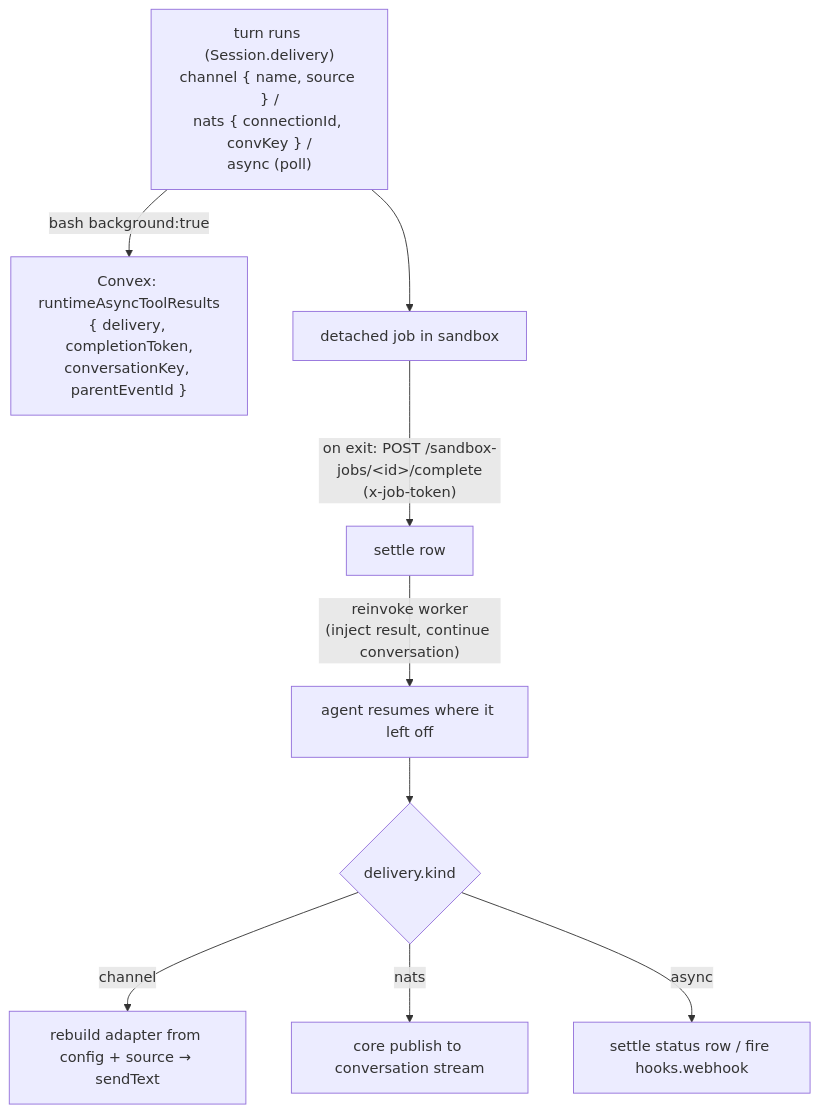
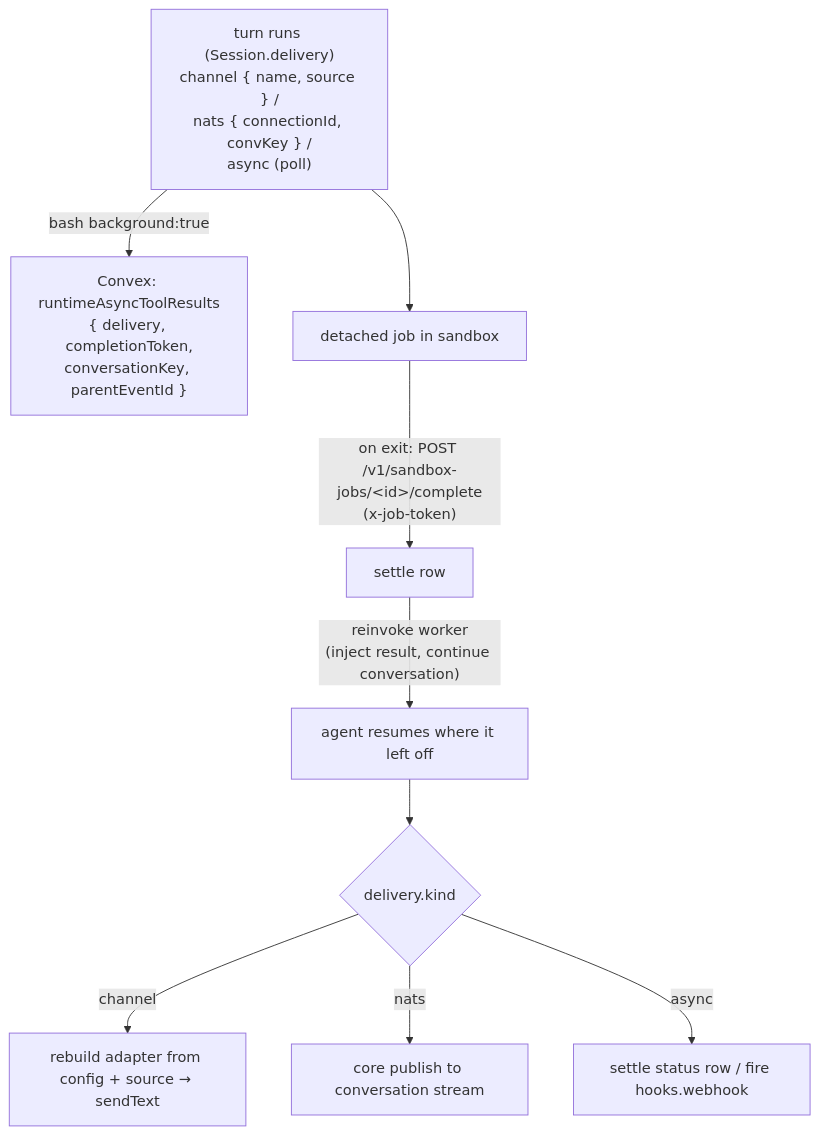
Before and after one commit to beeblastco/broods: diagram 11 of 12 in apps/docs/docs/architecture.md, drawn with Mermaid. The commit also changed other lines of this file and 78 other files, not shown here.

````diff
--- a/apps/docs/docs/architecture.md
+++ b/apps/docs/docs/architecture.md
@@ -343,11 +343,11 @@
 ```mermaid
 flowchart TD
   Turn["turn runs (Session.delivery)<br/>channel { name, source } /<br/>nats { connectionId, convKey } /<br/>async (poll)"] -->|"bash background:true"| Row["Convex: runtimeAsyncToolResults<br/>{ delivery, completionToken,<br/>conversationKey, parentEventId }"]
   Turn --> Job["detached job in sandbox"]
-  Job -->|"on exit: POST /sandbox-jobs/&lt;id&gt;/complete<br/>(x-job-token)"| Settle["settle row"]
+  Job -->|"on exit: POST /v1/sandbox-jobs/&lt;id&gt;/complete<br/>(x-job-token)"| Settle["settle row"]
   Settle -->|"reinvoke worker<br/>(inject result, continue conversation)"| Resume["agent resumes where it left off"]
   Resume --> Deliver{"delivery.kind"}
   Deliver -->|"channel"| Chan["rebuild adapter from config + source → sendText"]
   Deliver -->|"nats"| Pub["core publish to conversation stream"]
   Deliver -->|"async"| Poll["settle status row / fire hooks.webhook"]
 ```
````
